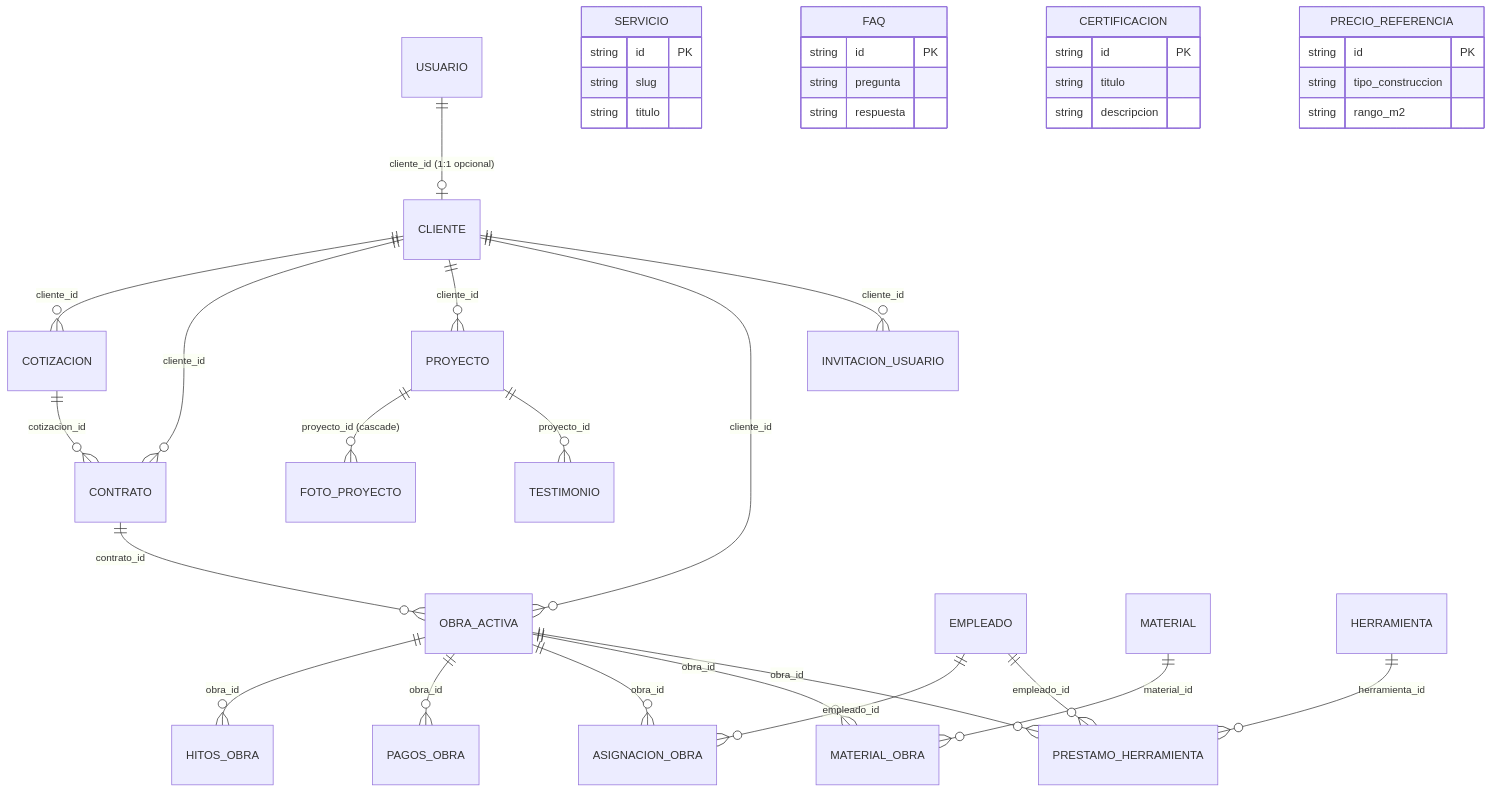
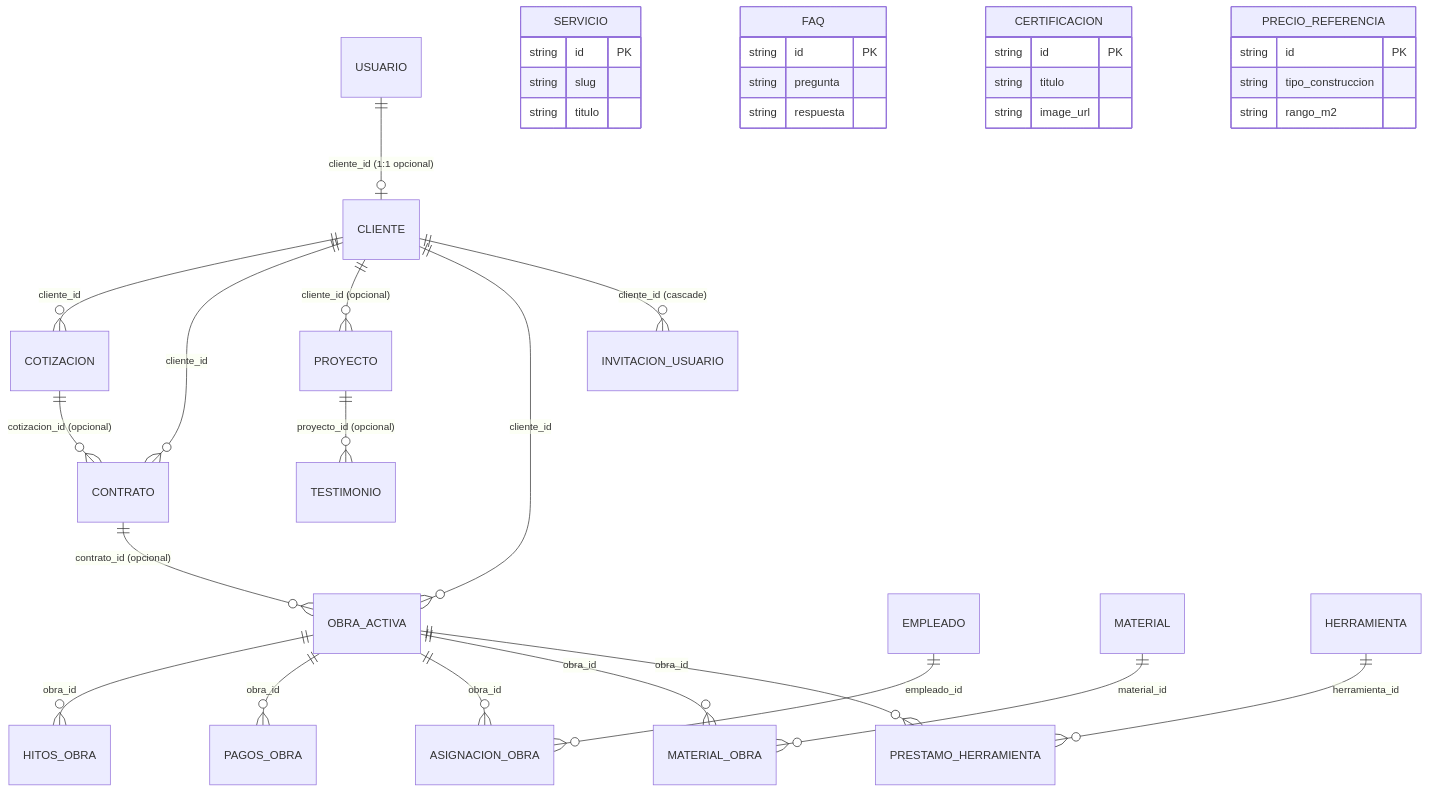
The diagram in DATABASE.md (Rodrigo-Pacosillo/App-construcci-n-), drawn with Mermaid before and after one commit. The commit also changed other lines of this file and 48 other files, not shown here.

````diff
--- a/DATABASE.md
+++ b/DATABASE.md
@@ -356,43 +427,41 @@
 ```mermaid
 erDiagram
     USUARIO ||--o| CLIENTE : "cliente_id (1:1 opcional)"
     CLIENTE ||--o{ COTIZACION : "cliente_id"
     CLIENTE ||--o{ CONTRATO : "cliente_id"
-    CLIENTE ||--o{ PROYECTO : "cliente_id"
+    CLIENTE ||--o{ PROYECTO : "cliente_id (opcional)"
     CLIENTE ||--o{ OBRA_ACTIVA : "cliente_id"
-    CLIENTE ||--o{ INVITACION_USUARIO : "cliente_id"
-    COTIZACION ||--o{ CONTRATO : "cotizacion_id"
-    CONTRATO ||--o{ OBRA_ACTIVA : "contrato_id"
-    PROYECTO ||--o{ FOTO_PROYECTO : "proyecto_id (cascade)"
-    PROYECTO ||--o{ TESTIMONIO : "proyecto_id"
+    CLIENTE ||--o{ INVITACION_USUARIO : "cliente_id (cascade)"
+    COTIZACION ||--o{ CONTRATO : "cotizacion_id (opcional)"
+    CONTRATO ||--o{ OBRA_ACTIVA : "contrato_id (opcional)"
+    PROYECTO ||--o{ TESTIMONIO : "proyecto_id (opcional)"
     OBRA_ACTIVA ||--o{ HITOS_OBRA : "obra_id"
     OBRA_ACTIVA ||--o{ PAGOS_OBRA : "obra_id"
     EMPLEADO ||--o{ ASIGNACION_OBRA : "empleado_id"
     OBRA_ACTIVA ||--o{ ASIGNACION_OBRA : "obra_id"
     MATERIAL ||--o{ MATERIAL_OBRA : "material_id"
     OBRA_ACTIVA ||--o{ MATERIAL_OBRA : "obra_id"
     HERRAMIENTA ||--o{ PRESTAMO_HERRAMIENTA : "herramienta_id"
-    EMPLEADO ||--o{ PRESTAMO_HERRAMIENTA : "empleado_id"
     OBRA_ACTIVA ||--o{ PRESTAMO_HERRAMIENTA : "obra_id"
 
     SERVICIO {
         string id PK
         string slug
         string titulo
     }
     FAQ {
         string id PK
         string pregunta
         string respuesta
     }
     CERTIFICACION {
         string id PK
         string titulo
-        string descripcion
+        string image_url
     }
     PRECIO_REFERENCIA {
         string id PK
         string tipo_construccion
         string rango_m2
     }
 ```
````
